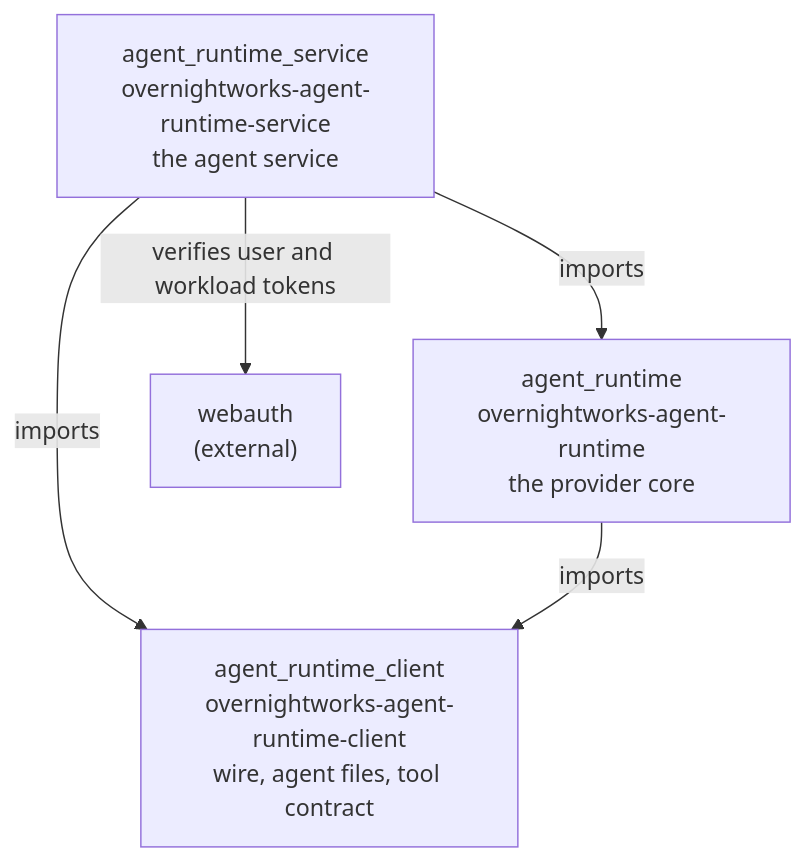
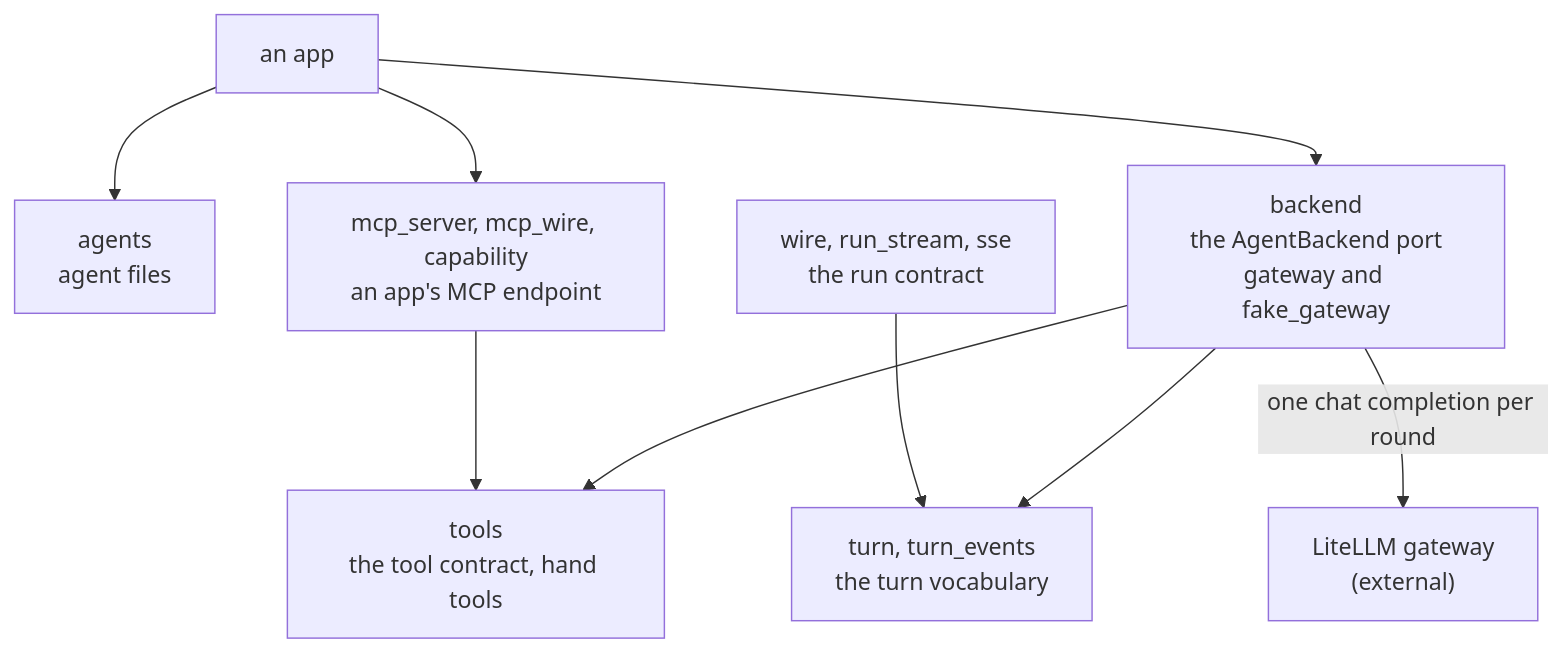
The diagram in docs/ARCHITECTURE.md (overnightworks/agent-runtime), drawn with Mermaid before and after one commit. The commit also changed other lines of this file and 7 other files, not shown here.

````diff
--- a/docs/ARCHITECTURE.md
+++ b/docs/ARCHITECTURE.md
@@ -28,12 +21,20 @@
 ```mermaid
 flowchart TB
-    service["agent_runtime_service<br/>overnightworks-agent-runtime-service<br/>the agent service"]
-    core["agent_runtime<br/>overnightworks-agent-runtime<br/>the provider core"]
-    client["agent_runtime_client<br/>overnightworks-agent-runtime-client<br/>wire, agent files, tool contract"]
-    webauth["webauth<br/>(external)"]
+    app["an app"]
+    agents["agents<br/>agent files"]
+    tools["tools<br/>the tool contract, hand tools"]
+    backend["backend<br/>the AgentBackend port<br/>gateway and fake_gateway"]
+    wire["wire, run_stream, sse<br/>the run contract"]
+    turn["turn, turn_events<br/>the turn vocabulary"]
+    mcp["mcp_server, mcp_wire, capability<br/>an app's MCP endpoint"]
+    gateway["LiteLLM gateway<br/>(external)"]
 
-    service -->|imports| core
-    service -->|imports| client
-    core -->|imports| client
-    service -->|"verifies user and workload tokens"| webauth
+    app --> agents
+    app --> backend
+    app --> mcp
+    backend --> tools
+    backend --> turn
+    backend -->|"one chat completion per round"| gateway
+    wire --> turn
+    mcp --> tools
 ```
````
